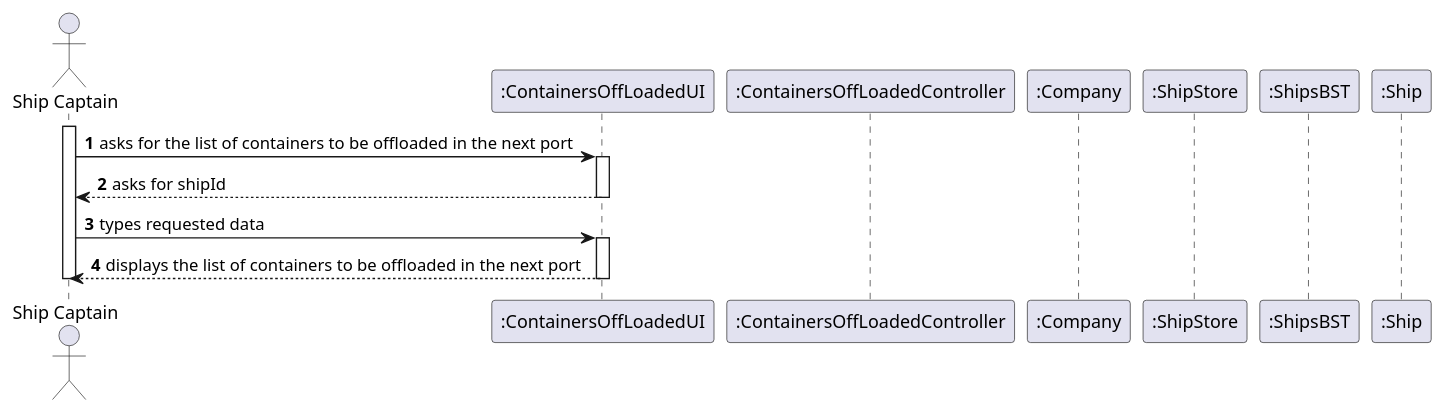
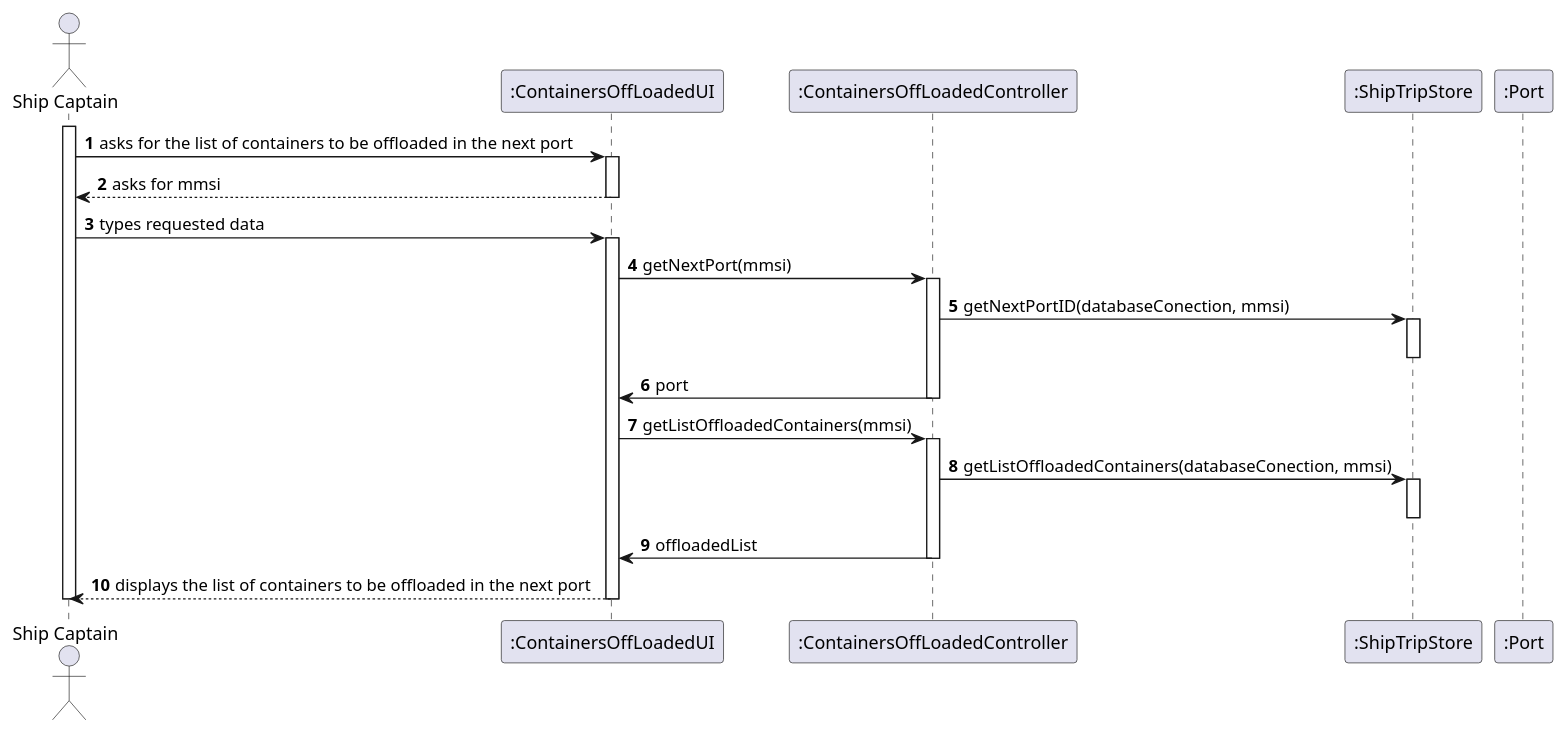
Before and after one commit to ana-albergaria/LAPR3-ISEP: the diagram in docs/US205/US205_SD.puml, drawn with PlantUML. The commit also changed 1 other file, not shown here.

```diff
--- a/docs/US205/US205_SD.puml
+++ b/docs/US205/US205_SD.puml
@@ -1,23 +1,35 @@
 @startuml
 autonumber
 'hide footbox
 actor "Ship Captain" as SC
 participant ":ContainersOffLoadedUI" as UI
 participant ":ContainersOffLoadedController" as CTRL
-participant ":Company" as CMP
-participant ":ShipStore" as STORE
-participant ":ShipsBST" as SBST
-participant ":Ship" as SHIP
+participant ":ShipTripStore" as SBST
+participant ":Port" as PORT
 
 activate SC
 SC -> UI :asks for the list of containers to be offloaded in the next port
 activate UI
-UI --> SC : asks for shipId
+UI --> SC : asks for mmsi
 deactivate UI
 SC -> UI : types requested data
 activate UI
+UI -> CTRL : getNextPort(mmsi)
+activate CTRL
+CTRL -> SBST : getNextPortID(databaseConection, mmsi)
+activate SBST
+deactivate SBST
+CTRL -> UI : port
+deactivate CTRL
+UI -> CTRL : getListOffloadedContainers(mmsi)
+activate CTRL
+CTRL -> SBST : getListOffloadedContainers(databaseConection, mmsi)
+activate SBST
+deactivate SBST
+CTRL -> UI : offloadedList
+deactivate CTRL
 UI --> SC : displays the list of containers to be offloaded in the next port
 deactivate UI
 deactivate SC
 
 @enduml
```
